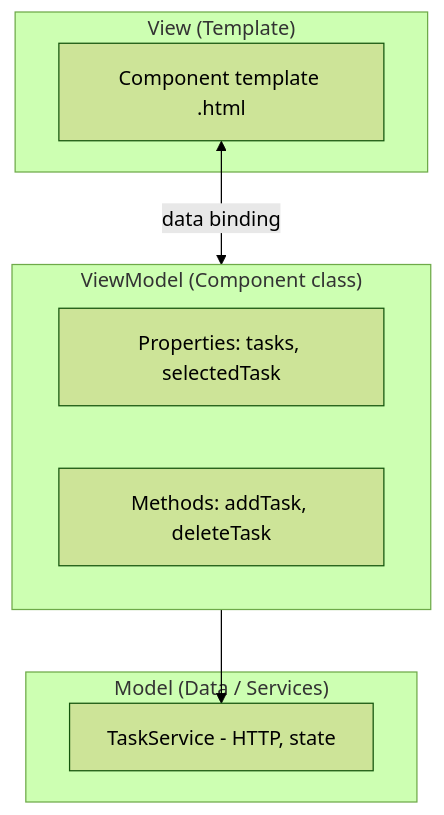
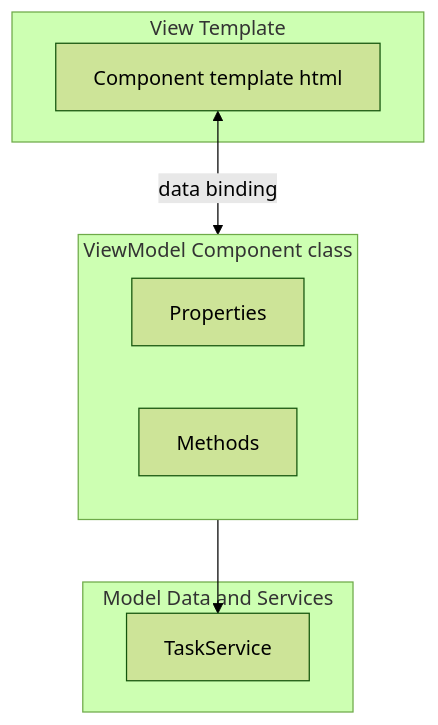
Before and after one commit to sridharpolepalli/dotnet-learn: diagram 19 of 19 in ASP.NET-Core-Network-HTTP-Guide.md, drawn with Mermaid (forest theme). The commit also changed other lines of this file and 1 other file, not shown here.

Commit message:
fixing the mermaid issues

````diff
--- a/ASP.NET-Core-Network-HTTP-Guide.md
+++ b/ASP.NET-Core-Network-HTTP-Guide.md
@@ -961,18 +961,18 @@
 ```mermaid
 flowchart TB
-    subgraph View["View (Template)"]
-        HTML[Component template .html]
+    subgraph View["View Template"]
+        HTML["Component template html"]
     end
 
-    subgraph ViewModel["ViewModel (Component class)"]
-        Props[Properties: tasks, selectedTask]
-        Methods[Methods: addTask, deleteTask]
+    subgraph ViewModel["ViewModel Component class"]
+        Props["Properties"]
+        Methods["Methods"]
     end
 
-    subgraph Model["Model (Data / Services)"]
-        Service[TaskService - HTTP, state]
+    subgraph Model["Model Data and Services"]
+        Service["TaskService"]
     end
 
     HTML <-->|"data binding"| ViewModel
     ViewModel --> Service
 ```
````
